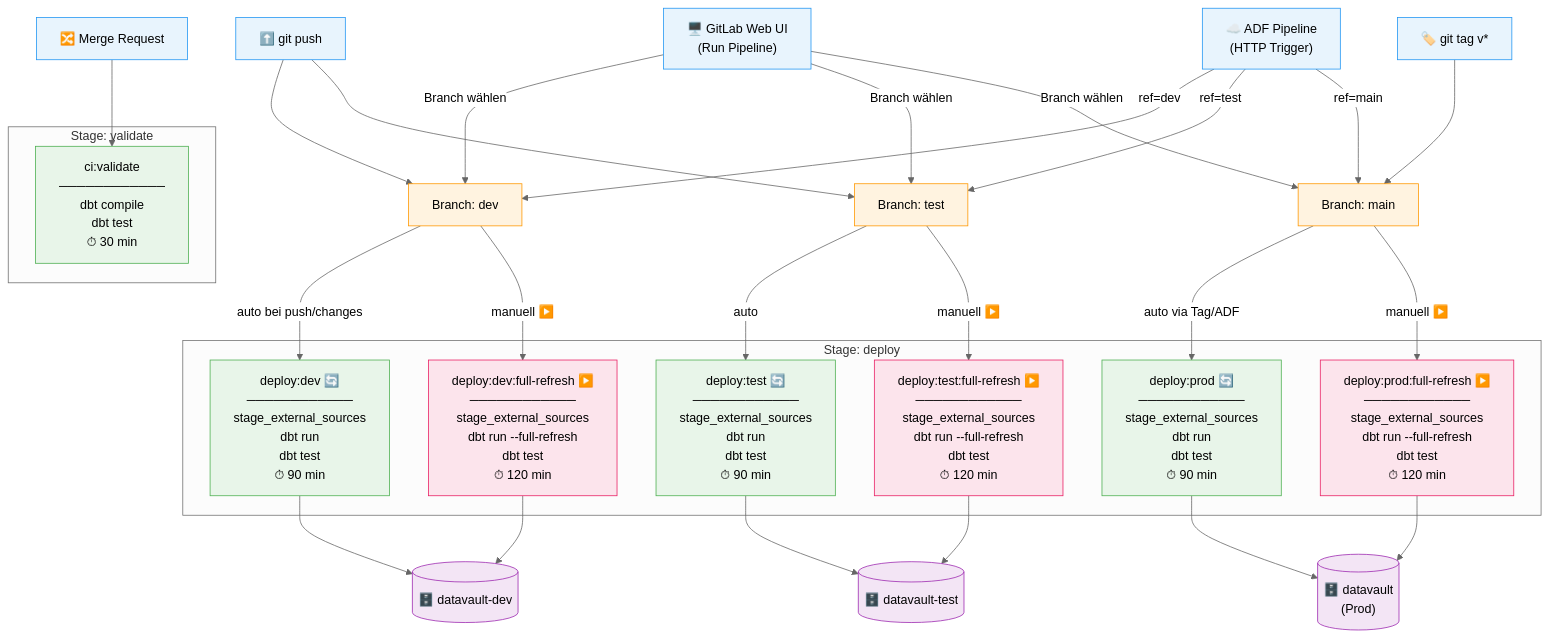
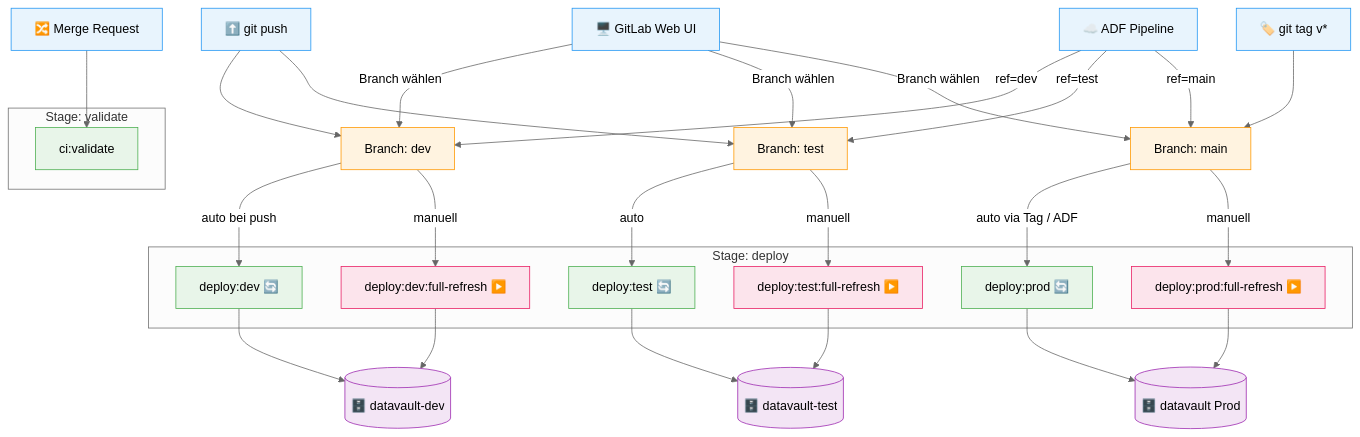
One commit to fellnerd/datavault-dbt changed the diagram in design/ci-cd-pipeline.mmd. Above: the diagram before and after it, drawn with Mermaid (neutral theme). The commit also changed other lines of this file, not shown here.

Commit message:
docs: Pipeline-Diagramm vereinfacht (keine Multiline-Labels)

```diff
--- a/design/ci-cd-pipeline.mmd
+++ b/design/ci-cd-pipeline.mmd
@@ -1,79 +1,79 @@
 flowchart TD
     %% ─── Trigger Sources ───────────────────────────────────────────
     GIT_PUSH["⬆️ git push"]
-    WEB_UI["🖥️ GitLab Web UI\n(Run Pipeline)"]
-    ADF["☁️ ADF Pipeline\n(HTTP Trigger)"]
+    WEB_UI["🖥️ GitLab Web UI"]
+    ADF["☁️ ADF Pipeline"]
     TAG["🏷️ git tag v*"]
     MR["🔀 Merge Request"]
 
     %% ─── Branches ──────────────────────────────────────────────────
     BRANCH_DEV["Branch: dev"]
     BRANCH_TEST["Branch: test"]
     BRANCH_MAIN["Branch: main"]
 
     %% ─── Stage: validate ───────────────────────────────────────────
     subgraph VALIDATE["Stage: validate"]
-        CI_VALIDATE["ci:validate\n────────────\ndbt compile\ndbt test\n⏱ 30 min"]
+        CI_VALIDATE["ci:validate"]
     end
 
     %% ─── Stage: deploy ─────────────────────────────────────────────
     subgraph DEPLOY["Stage: deploy"]
-        DEV["deploy:dev 🔄\n────────────\nstage_external_sources\ndbt run\ndbt test\n⏱ 90 min"]
-        DEV_FR["deploy:dev:full-refresh ▶️\n────────────\nstage_external_sources\ndbt run --full-refresh\ndbt test\n⏱ 120 min"]
+        DEV["deploy:dev 🔄"]
+        DEV_FR["deploy:dev:full-refresh ▶️"]
 
-        TEST["deploy:test 🔄\n────────────\nstage_external_sources\ndbt run\ndbt test\n⏱ 90 min"]
-        TEST_FR["deploy:test:full-refresh ▶️\n────────────\nstage_external_sources\ndbt run --full-refresh\ndbt test\n⏱ 120 min"]
+        TEST["deploy:test 🔄"]
+        TEST_FR["deploy:test:full-refresh ▶️"]
 
-        PROD["deploy:prod 🔄\n────────────\nstage_external_sources\ndbt run\ndbt test\n⏱ 90 min"]
-        PROD_FR["deploy:prod:full-refresh ▶️\n────────────\nstage_external_sources\ndbt run --full-refresh\ndbt test\n⏱ 120 min"]
+        PROD["deploy:prod 🔄"]
+        PROD_FR["deploy:prod:full-refresh ▶️"]
     end
 
     %% ─── Target Databases ──────────────────────────────────────────
     DB_DEV[("🗄️ datavault-dev")]
     DB_TEST[("🗄️ datavault-test")]
-    DB_PROD[("🗄️ datavault\n(Prod)")]
+    DB_PROD[("🗄️ datavault Prod")]
 
     %% ─── Trigger → Branch ──────────────────────────────────────────
     MR --> CI_VALIDATE
     GIT_PUSH --> BRANCH_DEV
     GIT_PUSH --> BRANCH_TEST
     TAG --> BRANCH_MAIN
 
     WEB_UI -->|Branch wählen| BRANCH_DEV
     WEB_UI -->|Branch wählen| BRANCH_TEST
     WEB_UI -->|Branch wählen| BRANCH_MAIN
 
-    ADF -->|"ref=dev"| BRANCH_DEV
-    ADF -->|"ref=test"| BRANCH_TEST
-    ADF -->|"ref=main"| BRANCH_MAIN
+    ADF -->|ref=dev| BRANCH_DEV
+    ADF -->|ref=test| BRANCH_TEST
+    ADF -->|ref=main| BRANCH_MAIN
 
     %% ─── Branch → Job ──────────────────────────────────────────────
-    BRANCH_DEV -->|auto bei push/changes| DEV
-    BRANCH_DEV -->|manuell ▶️| DEV_FR
+    BRANCH_DEV -->|auto bei push| DEV
+    BRANCH_DEV -->|manuell| DEV_FR
 
     BRANCH_TEST -->|auto| TEST
-    BRANCH_TEST -->|manuell ▶️| TEST_FR
+    BRANCH_TEST -->|manuell| TEST_FR
 
-    BRANCH_MAIN -->|auto via Tag/ADF| PROD
-    BRANCH_MAIN -->|manuell ▶️| PROD_FR
+    BRANCH_MAIN -->|auto via Tag / ADF| PROD
+    BRANCH_MAIN -->|manuell| PROD_FR
 
     %% ─── Job → DB ──────────────────────────────────────────────────
     DEV --> DB_DEV
     DEV_FR --> DB_DEV
     TEST --> DB_TEST
     TEST_FR --> DB_TEST
     PROD --> DB_PROD
     PROD_FR --> DB_PROD
 
     %% ─── Styles ────────────────────────────────────────────────────
     classDef trigger fill:#e8f4fd,stroke:#2196F3,color:#000
     classDef branch fill:#fff3e0,stroke:#FF9800,color:#000
     classDef job fill:#e8f5e9,stroke:#4CAF50,color:#000
     classDef job_fr fill:#fce4ec,stroke:#E91E63,color:#000
     classDef db fill:#f3e5f5,stroke:#9C27B0,color:#000
 
     class GIT_PUSH,WEB_UI,ADF,TAG,MR trigger
     class BRANCH_DEV,BRANCH_TEST,BRANCH_MAIN branch
     class CI_VALIDATE,DEV,TEST,PROD job
     class DEV_FR,TEST_FR,PROD_FR job_fr
     class DB_DEV,DB_TEST,DB_PROD db
```
